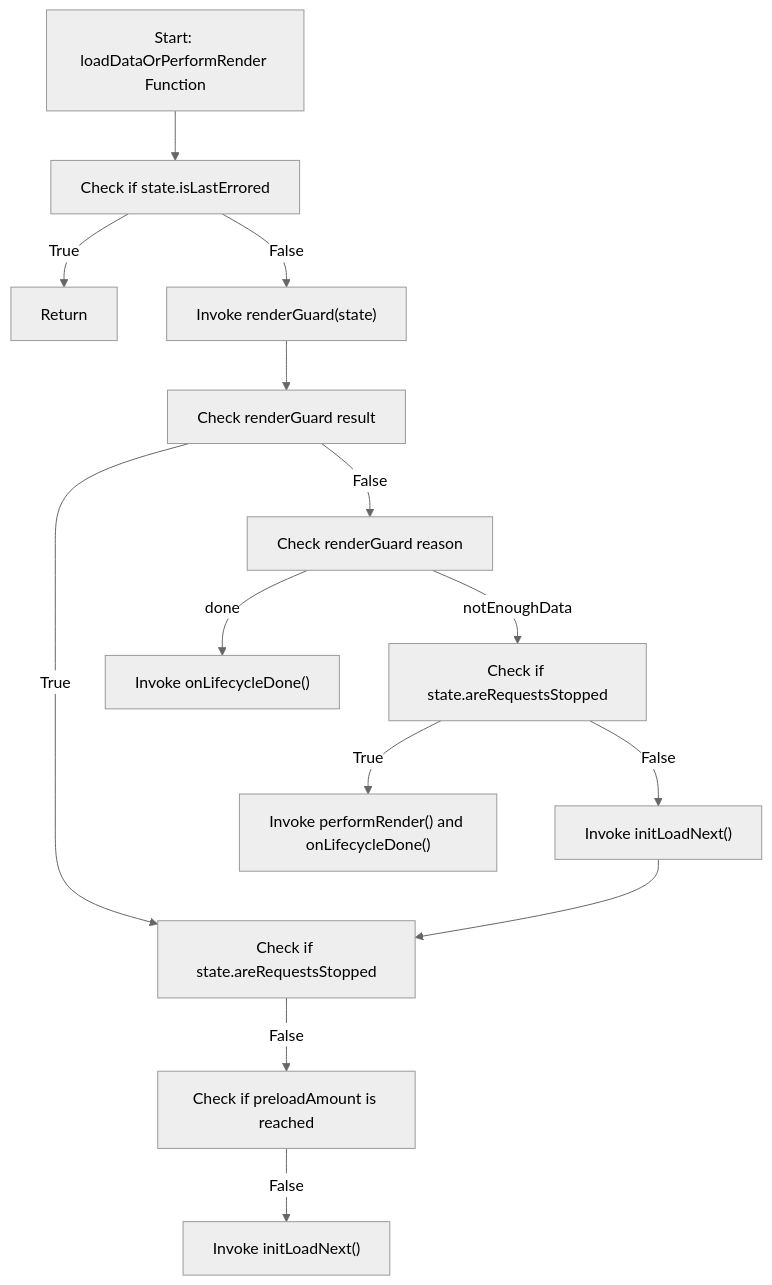
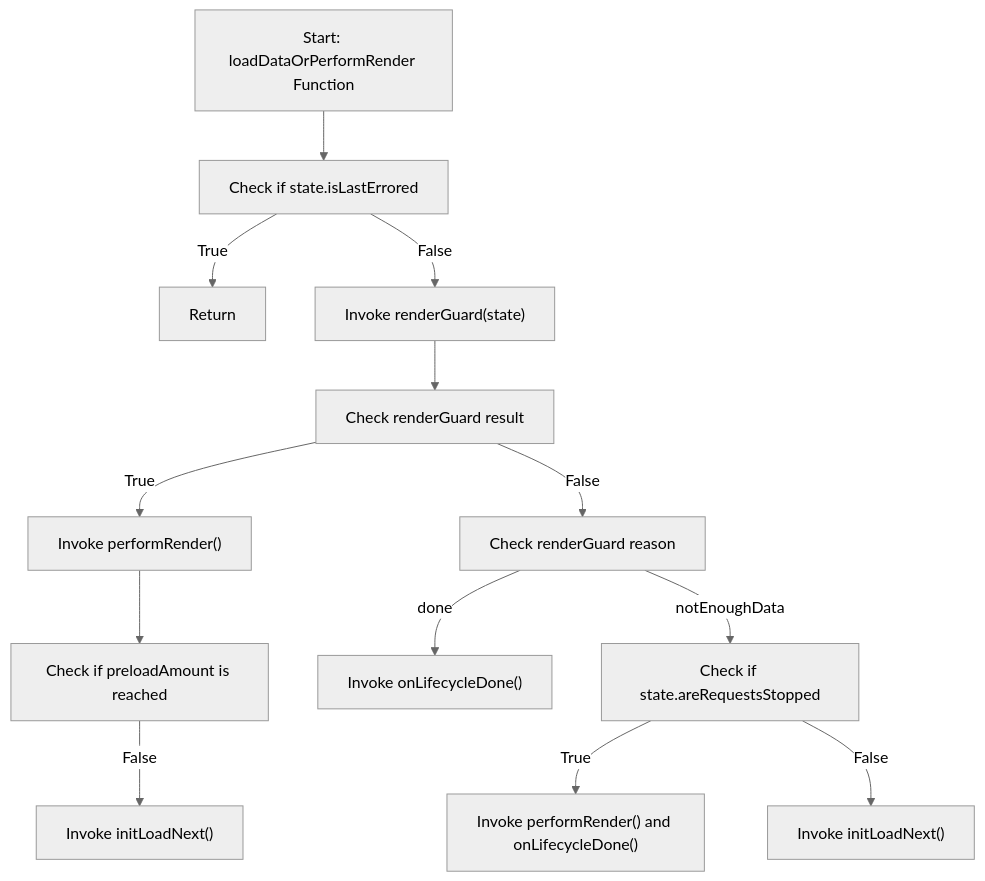
Before and after one commit to V4Fire/Client: the second of 2 diagrams in src/components/base/b-virtual-scroll-new/README.md, drawn with Mermaid (neutral theme). The commit also changed other lines of this file and 12 other files, not shown here.

````diff
--- a/src/components/base/b-virtual-scroll-new/README.md
+++ b/src/components/base/b-virtual-scroll-new/README.md
@@ -750,16 +752,15 @@
 ```mermaid
 flowchart TD
     A["Start: loadDataOrPerformRender Function"] --> B["Check if state.isLastErrored"]
     B -- "True" --> C["Return"]
     B -- "False" --> D["Invoke renderGuard(state)"]
     D --> E["Check renderGuard result"]
     E -- "True" --> F["Invoke performRender()"]
     E -- "False" --> G["Check renderGuard reason"]
     G -- "done" --> H["Invoke onLifecycleDone()"]
     G -- "notEnoughData" --> I["Check if state.areRequestsStopped"]
     I -- "True" --> J["Invoke performRender() and onLifecycleDone()"]
     I -- "False" --> L["Invoke initLoadNext()"]
-    L -->  F["Check if state.areRequestsStopped"]
-    F -- "False" --> Z["Check if preloadAmount is reached"]
+    F --> Z["Check if preloadAmount is reached"]
     Z -- "False" --> X["Invoke initLoadNext()"]
 ```
````
